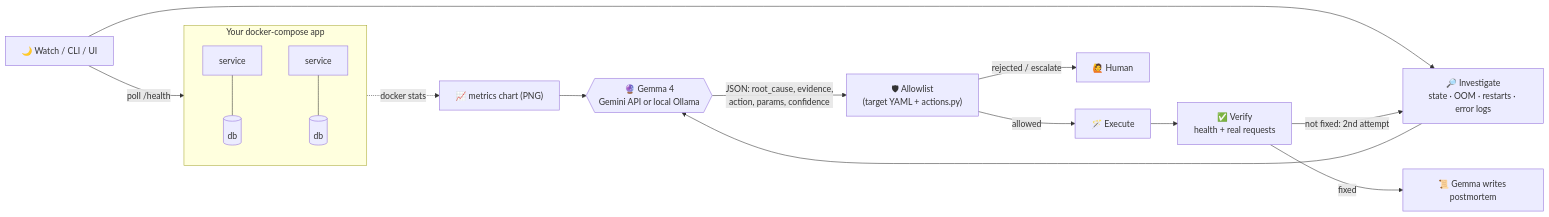
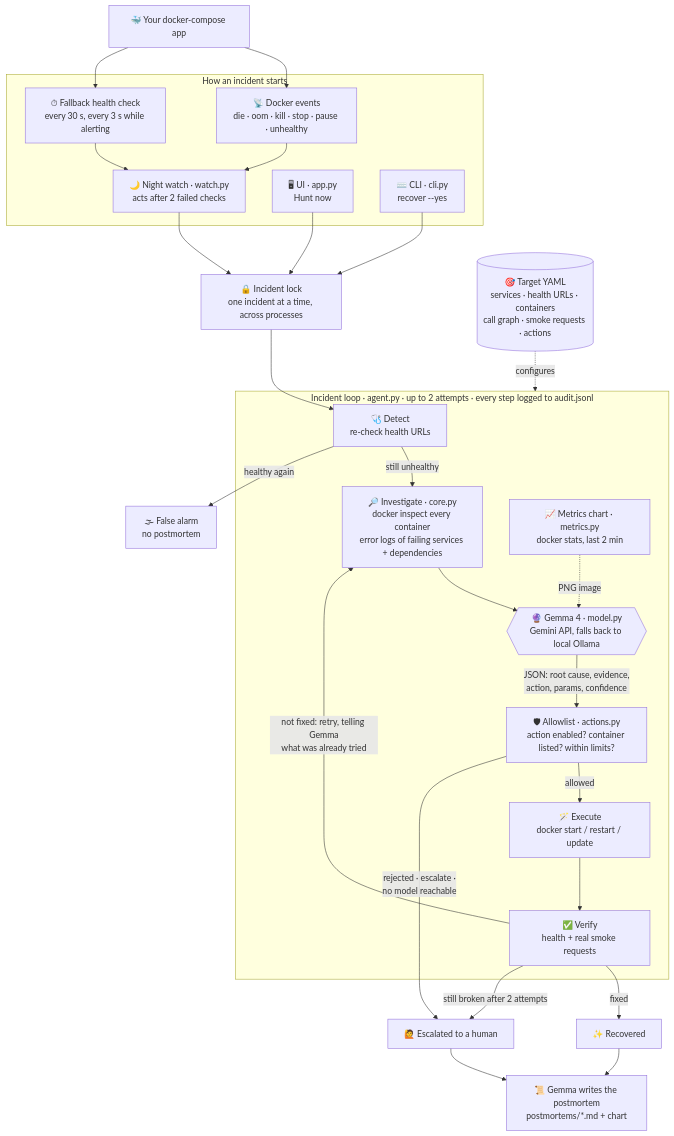
One commit to codemanav/ecocycle-project-devOps changed the second of 2 diagrams in ghosthunter/README.md. Above: the diagram before and after it, drawn with Mermaid. The commit also changed other lines of this file, not shown here.

Commit message:
Update architecture diagram to match the code
- Main diagram: Detect -> Investigate -> Gemma 4 -> Allowlist -> Execute -> Verify,
  with escalations also producing a postmortem and the open-weight backend shown
- Collapsible full flow: Docker-event and health-check triggers, incident lock,
  target YAML, retry, false alarms and the audit log
- File table: night watch is event-driven; metrics are sampled on demand

````diff
--- a/ghosthunter/README.md
+++ b/ghosthunter/README.md
@@ -52,18 +84,41 @@
 ```mermaid
-flowchart LR
-    subgraph App["Your docker-compose app"]
-        S1[service] --- D1[(db)]
-        S2[service] --- D2[(db)]
+flowchart TD
+    APP["🐳 Your docker-compose app"]
+
+    subgraph Start["How an incident starts"]
+        EV["📡 Docker events<br/>die · oom · kill · stop · pause · unhealthy"]
+        POLL["⏱ Fallback health check<br/>every 30 s, every 3 s while alerting"]
+        NW["🌙 Night watch · watch.py<br/>acts after 2 failed checks"]
+        UI["🖥 UI · app.py<br/>Hunt now"]
+        CLI["⌨️ CLI · cli.py<br/>recover --yes"]
+        EV --> NW
+        POLL --> NW
     end
-    W["🌙 Watch / CLI / UI"] -->|poll /health| App
-    W --> I["🔎 Investigate<br/>state · OOM · restarts · error logs"]
-    App -. docker stats .-> M["📈 metrics chart (PNG)"]
-    I --> G{{"🔮 Gemma 4<br/>Gemini API or local Ollama"}}
-    M --> G
-    G -->|"JSON: root_cause, evidence,<br/>action, params, confidence"| A["🛡 Allowlist<br/>(target YAML + actions.py)"]
-    A -->|allowed| X["🪄 Execute"]
-    A -->|rejected / escalate| H["🙋 Human"]
-    X --> V["✅ Verify<br/>health + real requests"]
-    V -->|not fixed: 2nd attempt| I
-    V -->|fixed| P["📜 Gemma writes postmortem"]
+
+    APP --> EV
+    APP --> POLL
+    NW --> LOCK
+    UI --> LOCK
+    CLI --> LOCK
+    LOCK["🔒 Incident lock<br/>one incident at a time, across processes"] --> DET
+
+    TGT[("🎯 Target YAML<br/>services · health URLs · containers<br/>call graph · smoke requests · actions")]
+
+    subgraph Loop["Incident loop · agent.py · up to 2 attempts · every step logged to audit.jsonl"]
+        DET["🩺 Detect<br/>re-check health URLs"] -->|still unhealthy| INV["🔎 Investigate · core.py<br/>docker inspect every container<br/>error logs of failing services + dependencies"]
+        INV --> GEM{{"🔮 Gemma 4 · model.py<br/>Gemini API, falls back to local Ollama"}}
+        CH["📈 Metrics chart · metrics.py<br/>docker stats, last 2 min"] -. PNG image .-> GEM
+        GEM -->|"JSON: root cause, evidence,<br/>action, params, confidence"| AL["🛡 Allowlist · actions.py<br/>action enabled? container listed? within limits?"]
+        AL -->|allowed| EX["🪄 Execute<br/>docker start / restart / update"]
+        EX --> VER["✅ Verify<br/>health + real smoke requests"]
+        VER -->|"not fixed: retry, telling Gemma<br/>what was already tried"| INV
+    end
+
+    TGT -. configures .-> Loop
+    DET -->|healthy again| FA["🌫 False alarm<br/>no postmortem"]
+    VER -->|fixed| OK["✨ Recovered"]
+    VER -->|still broken after 2 attempts| HUM["🙋 Escalated to a human"]
+    AL -->|"rejected · escalate ·<br/>no model reachable"| HUM
+    OK --> PM["📜 Gemma writes the postmortem<br/>postmortems/*.md + chart"]
+    HUM --> PM
 ```
````
